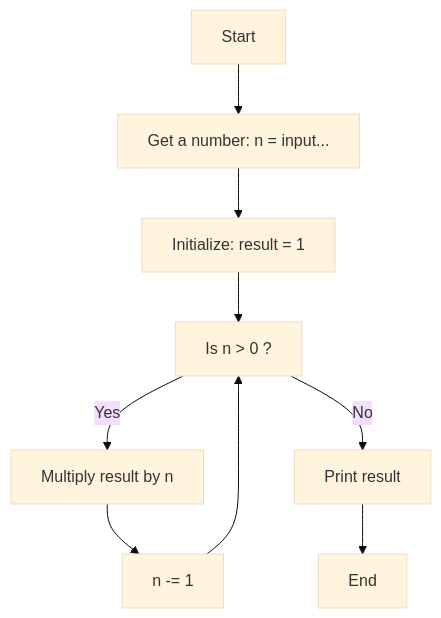
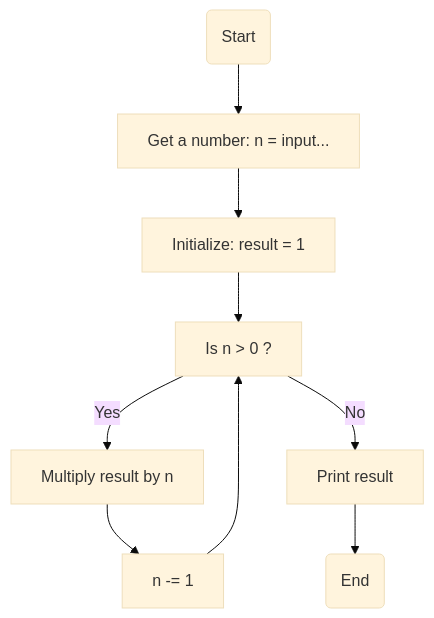
One commit to hayyaun/kids changed the diagram in exercises/exercise-3-1.md. Above: the diagram before and after it, drawn with Mermaid (base theme). The commit also changed 2 other files, not shown here.

````diff
--- a/exercises/exercise-3-1.md
+++ b/exercises/exercise-3-1.md
@@ -15,11 +15,11 @@
 ```mermaid
 flowchart TD
-    A[Start] --> B[Get a number: n = input...]
+    A(Start) --> B[Get a number: n = input...]
     B --> C[Initialize: result = 1]
     C --> D[Is n > 0 ?]
     D -- Yes --> E[Multiply result by n]
     E --> F[n -= 1]
     F --> D
     D -- No --> G[Print result]
-    G --> H[End]
+    G --> H(End)
 ```
````
